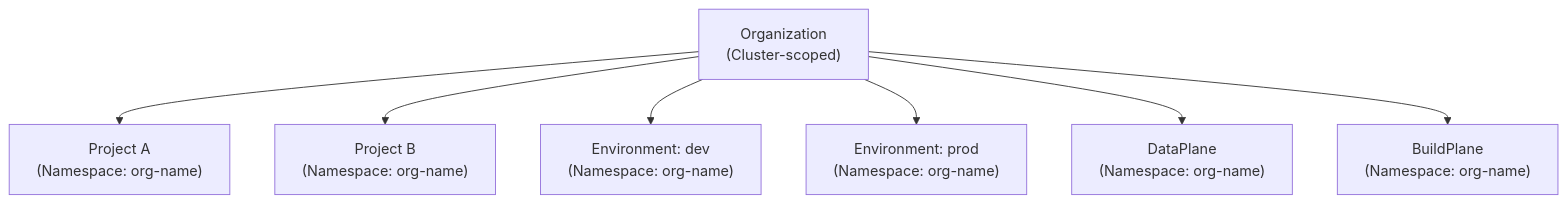
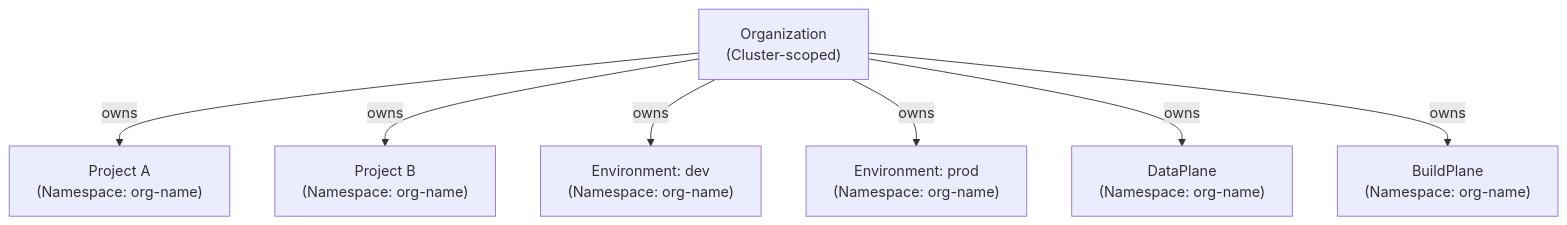
The second of 12 diagrams in docs/deepwiki/Platform-Abstractions.md (openchoreo/openchoreo), drawn with Mermaid before and after one commit. The commit also changed other lines of this file and 85 other files, not shown here.

Commit message:
feat: Add new workflow and specification templates, update Helm chart dependencies, and clarify documentation diagrams.

````diff
--- a/docs/deepwiki/Platform-Abstractions.md
+++ b/docs/deepwiki/Platform-Abstractions.md
@@ -108,18 +108,18 @@
 ```mermaid
 flowchart TD
 
 Org["Organization<br>(Cluster-scoped)"]
 Proj1["Project A<br>(Namespace: org-name)"]
 Proj2["Project B<br>(Namespace: org-name)"]
 EnvDev["Environment: dev<br>(Namespace: org-name)"]
 EnvProd["Environment: prod<br>(Namespace: org-name)"]
 DP["DataPlane<br>(Namespace: org-name)"]
 BP["BuildPlane<br>(Namespace: org-name)"]
 
-Org --> Proj1
-Org --> Proj2
-Org --> EnvDev
-Org --> EnvProd
-Org --> DP
-Org --> BP
+Org -->|"owns"| Proj1
+Org -->|"owns"| Proj2
+Org -->|"owns"| EnvDev
+Org -->|"owns"| EnvProd
+Org -->|"owns"| DP
+Org -->|"owns"| BP
 ```
````
